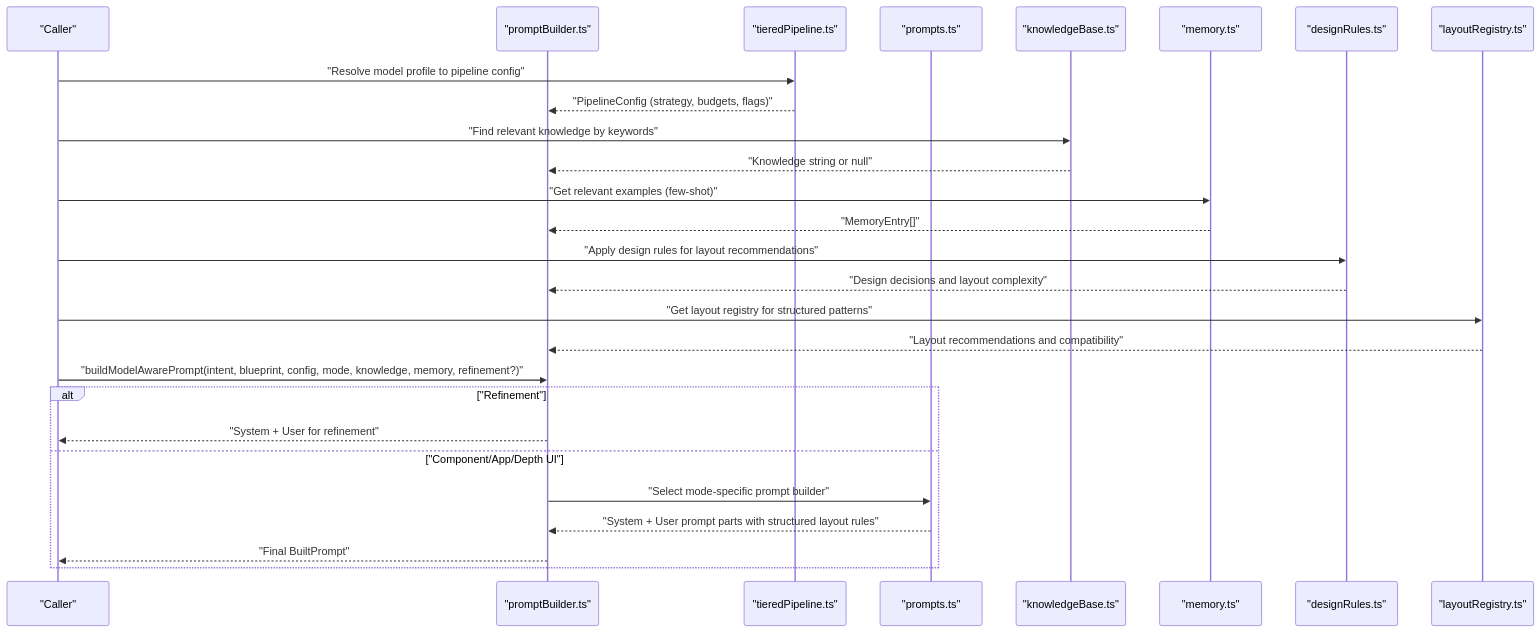
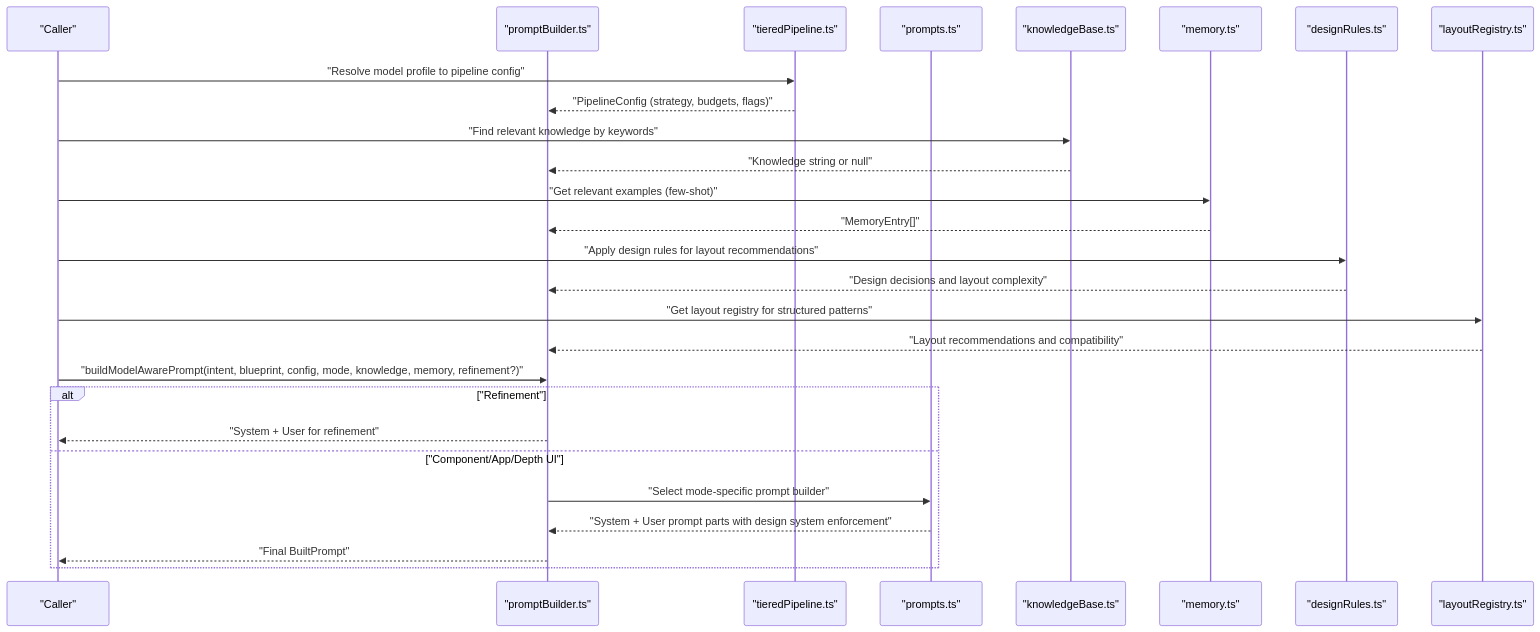
The second of 11 diagrams in .qoder/repowiki/en/content/AI Generation Engine/Core Generation Pipeline/Prompt Engineering & Context Injection.md (shekhargiri005-dotcom/AI-powered-accessibility-first-UI-engine), drawn with Mermaid before and after one commit. The commit also changed other lines of this file and 24 other files, not shown here.

````diff
--- a/.qoder/repowiki/en/content/AI Generation Engine/Core Generation Pipeline/Prompt Engineering & Context Injection.md
+++ b/.qoder/repowiki/en/content/AI Generation Engine/Core Generation Pipeline/Prompt Engineering & Context Injection.md
@@ -139,29 +158,29 @@
 ```mermaid
 sequenceDiagram
 participant Client as "Caller"
 participant PB as "promptBuilder.ts"
 participant TP as "tieredPipeline.ts"
 participant PT as "prompts.ts"
 participant KB as "knowledgeBase.ts"
 participant MEM as "memory.ts"
 participant DR as "designRules.ts"
 participant LR as "layoutRegistry.ts"
 Client->>TP : "Resolve model profile to pipeline config"
 TP-->>PB : "PipelineConfig (strategy, budgets, flags)"
 Client->>KB : "Find relevant knowledge by keywords"
 KB-->>PB : "Knowledge string or null"
 Client->>MEM : "Get relevant examples (few-shot)"
 MEM-->>PB : "MemoryEntry[]"
 Client->>DR : "Apply design rules for layout recommendations"
 DR-->>PB : "Design decisions and layout complexity"
 Client->>LR : "Get layout registry for structured patterns"
 LR-->>PB : "Layout recommendations and compatibility"
 Client->>PB : "buildModelAwarePrompt(intent, blueprint, config, mode, knowledge, memory, refinement?)"
 alt "Refinement"
 PB-->>Client : "System + User for refinement"
 else "Component/App/Depth UI"
 PB->>PT : "Select mode-specific prompt builder"
-PT-->>PB : "System + User prompt parts with structured layout rules"
+PT-->>PB : "System + User prompt parts with design system enforcement"
 PB-->>Client : "Final BuiltPrompt"
 end
 ```
````
